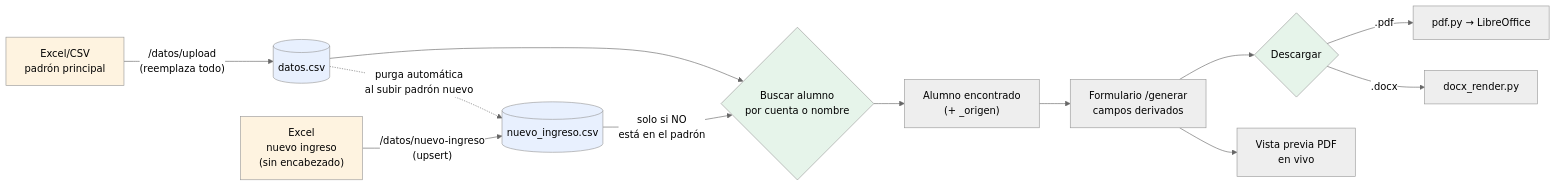
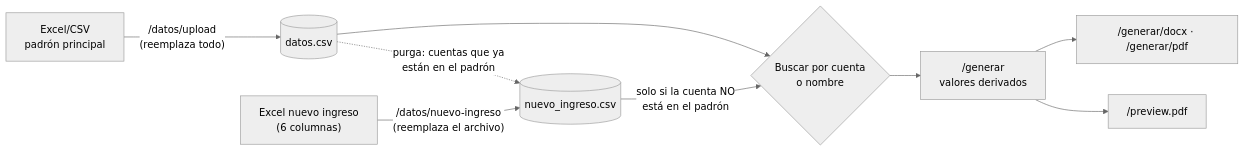
Before and after one commit to iamHN3Y/constancias-uaem-tianguistenco: the second of 4 diagrams in docs/TECNICA.md, drawn with Mermaid (neutral theme). The commit also changed other lines of this file and 14 other files, not shown here.

````diff
--- a/docs/TECNICA.md
+++ b/docs/TECNICA.md
@@ -120,24 +213,12 @@
 ```mermaid
 flowchart LR
     ExcelP["Excel/CSV<br/>padrón principal"] -->|"/datos/upload<br/>(reemplaza todo)"| DatosCsv[("datos.csv")]
-    ExcelN["Excel<br/>nuevo ingreso<br/>(sin encabezado)"] -->|"/datos/nuevo-ingreso<br/>(upsert)"| NiCsv[("nuevo_ingreso.csv")]
-    DatosCsv -.->|"purga automática<br/>al subir padrón nuevo"| NiCsv
+    ExcelN["Excel nuevo ingreso<br/>(6 columnas)"] -->|"/datos/nuevo-ingreso<br/>(reemplaza el archivo)"| NiCsv[("nuevo_ingreso.csv")]
+    DatosCsv -.->|"purga: cuentas que ya<br/>están en el padrón"| NiCsv
 
-    Busqueda{"Buscar alumno<br/>por cuenta o nombre"}
-    DatosCsv --> Busqueda
-    NiCsv -->|"solo si NO<br/>está en el padrón"| Busqueda
-
-    Busqueda --> Encontrado["Alumno encontrado<br/>(+ _origen)"]
-    Encontrado --> Formulario["Formulario /generar<br/>campos derivados"]
-    Formulario --> Preview["Vista previa PDF<br/>en vivo"]
-    Formulario --> Descarga{"Descargar"}
-    Descarga -->|".docx"| Docx["docx_render.py"]
-    Descarga -->|".pdf"| PdfPy["pdf.py → LibreOffice"]
-
-    style ExcelP fill:#fef3e0
-    style ExcelN fill:#fef3e0
-    style DatosCsv fill:#e8f0fe
-    style NiCsv fill:#e8f0fe
-    style Busqueda fill:#e6f4ea
-    style Descarga fill:#e6f4ea
+    DatosCsv --> Busqueda{"Buscar por cuenta<br/>o nombre"}
+    NiCsv -->|"solo si la cuenta NO<br/>está en el padrón"| Busqueda
+    Busqueda --> Formulario["/generar<br/>valores derivados"]
+    Formulario --> Preview["/preview.pdf"]
+    Formulario --> Descarga["/generar/docx · /generar/pdf"]
 ```
````
